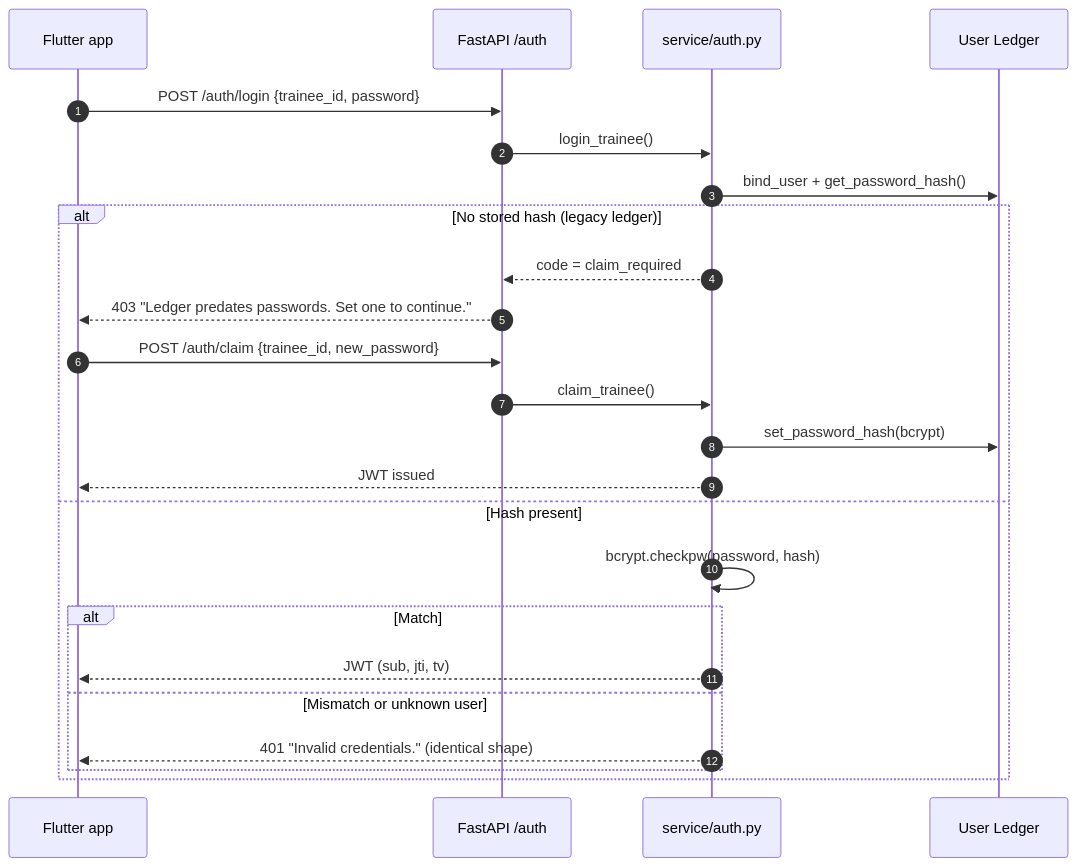
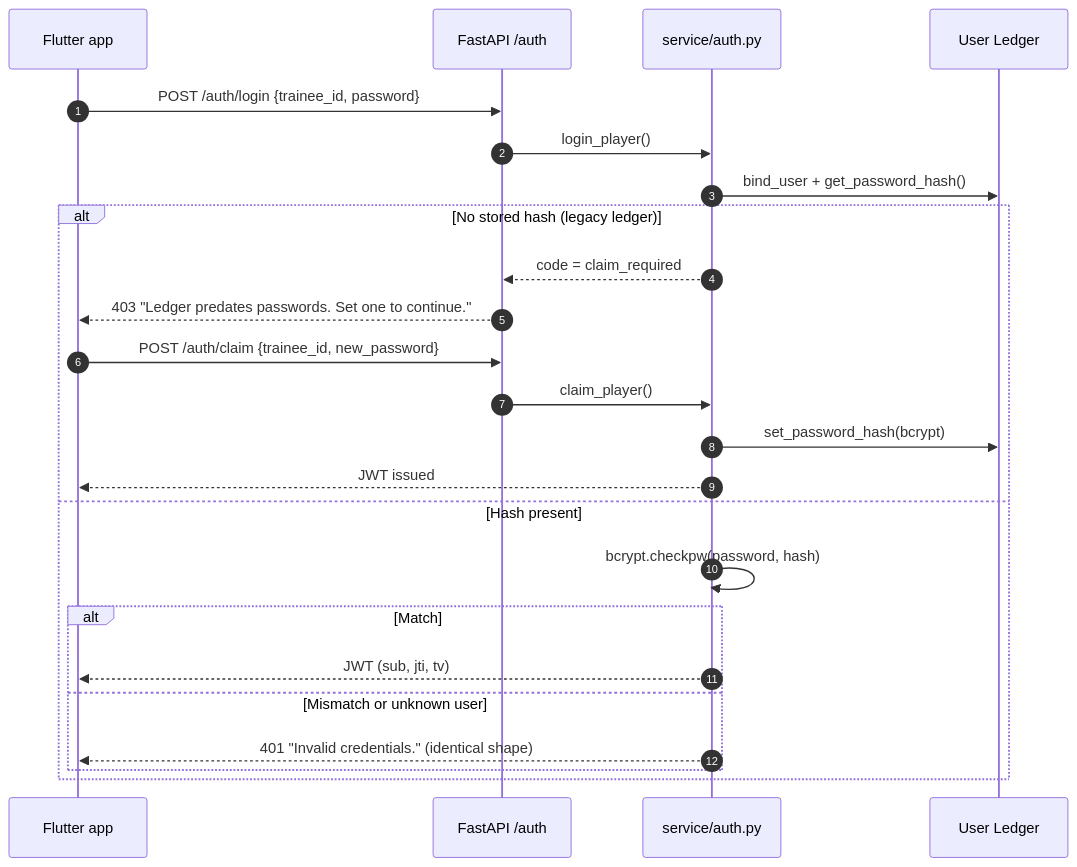
Before and after one commit to ahmedtvmer/MAYOS: the first of 5 diagrams in docs/AUTHENTICATION.md, drawn with Mermaid. The commit also changed other lines of this file and 99 other files, not shown here.

````diff
--- a/docs/AUTHENTICATION.md
+++ b/docs/AUTHENTICATION.md
@@ -41,27 +41,27 @@
 ```mermaid
 sequenceDiagram
     autonumber
     participant UI as Flutter app
     participant API as FastAPI /auth
     participant SVC as service/auth.py
     participant DB as User Ledger
 
     UI->>API: POST /auth/login {trainee_id, password}
-    API->>SVC: login_trainee()
+    API->>SVC: login_player()
     SVC->>DB: bind_user + get_password_hash()
     alt No stored hash (legacy ledger)
         SVC-->>API: code = claim_required
         API-->>UI: 403 "Ledger predates passwords. Set one to continue."
         UI->>API: POST /auth/claim {trainee_id, new_password}
-        API->>SVC: claim_trainee()
+        API->>SVC: claim_player()
         SVC->>DB: set_password_hash(bcrypt)
         SVC-->>UI: JWT issued
     else Hash present
         SVC->>SVC: bcrypt.checkpw(password, hash)
         alt Match
             SVC-->>UI: JWT (sub, jti, tv)
         else Mismatch or unknown user
             SVC-->>UI: 401 "Invalid credentials." (identical shape)
         end
     end
 ```
````
